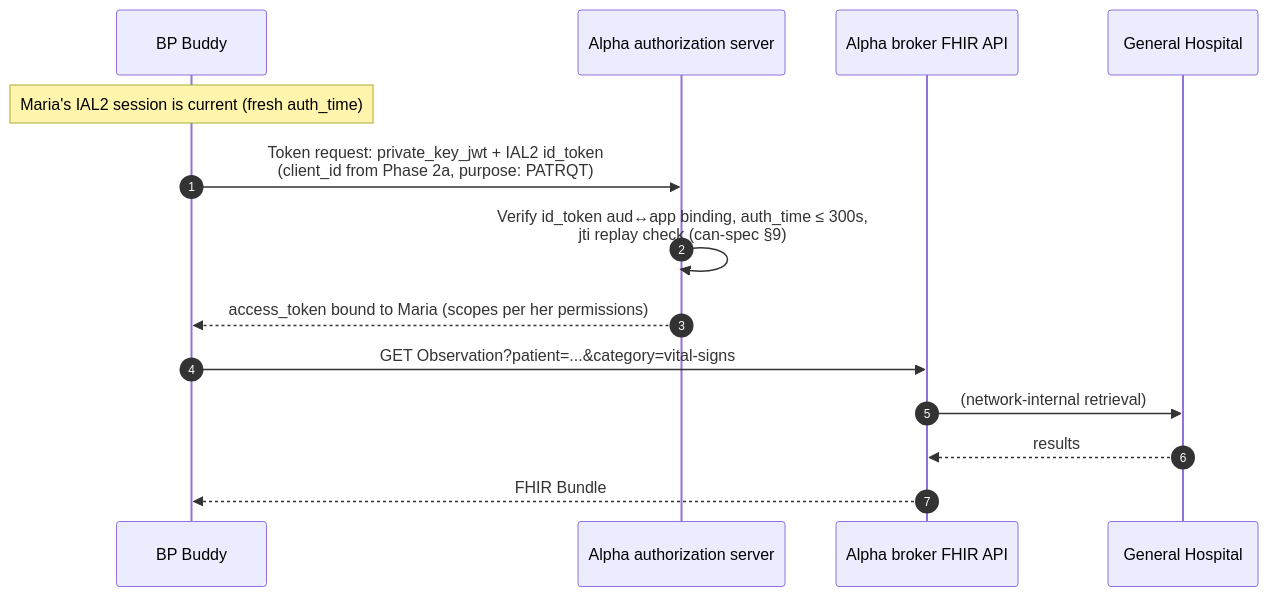
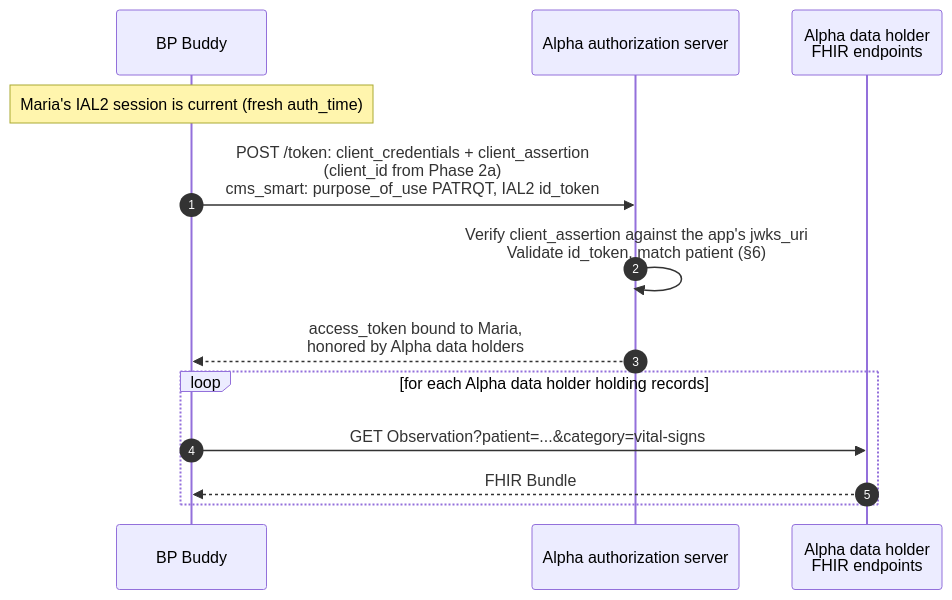
Before and after one commit to jmandel/cms-ns: the seventh of 9 diagrams in app-connectivity-flows.md, drawn with Mermaid. The commit also changed other lines of this file, not shown here.

First line of the commit message:
4a is facilitated FHIR; token requests use Blue Button cms_smart shape; trim Phase 5

````diff
--- a/app-connectivity-flows.md
+++ b/app-connectivity-flows.md
@@ -208,17 +211,16 @@
 ```mermaid
 sequenceDiagram
     autonumber
     participant App as BP Buddy
     participant AAS as Alpha authorization server
-    participant Broker as Alpha broker FHIR API
-    participant GH as General Hospital
+    participant DH as Alpha data holder<br/>FHIR endpoints
 
     Note over App: Maria's IAL2 session is current (fresh auth_time)
-    App->>AAS: Token request: private_key_jwt + IAL2 id_token<br/>(client_id from Phase 2a, purpose: PATRQT)
-    AAS->>AAS: Verify id_token aud↔app binding, auth_time ≤ 300s,<br/>jti replay check (can-spec §9)
-    AAS-->>App: access_token bound to Maria (scopes per her permissions)
-    App->>Broker: GET Observation?patient=...&category=vital-signs
-    Broker->>GH: (network-internal retrieval)
-    GH-->>Broker: results
-    Broker-->>App: FHIR Bundle
+    App->>AAS: POST /token: client_credentials + client_assertion<br/>(client_id from Phase 2a)<br/>cms_smart: purpose_of_use PATRQT, IAL2 id_token
+    AAS->>AAS: Verify client_assertion against the app's jwks_uri<br/>Validate id_token, match patient (§6)
+    AAS-->>App: access_token bound to Maria,<br/>honored by Alpha data holders
+    loop for each Alpha data holder holding records
+        App->>DH: GET Observation?patient=...&category=vital-signs
+        DH-->>App: FHIR Bundle
+    end
 ```
````
